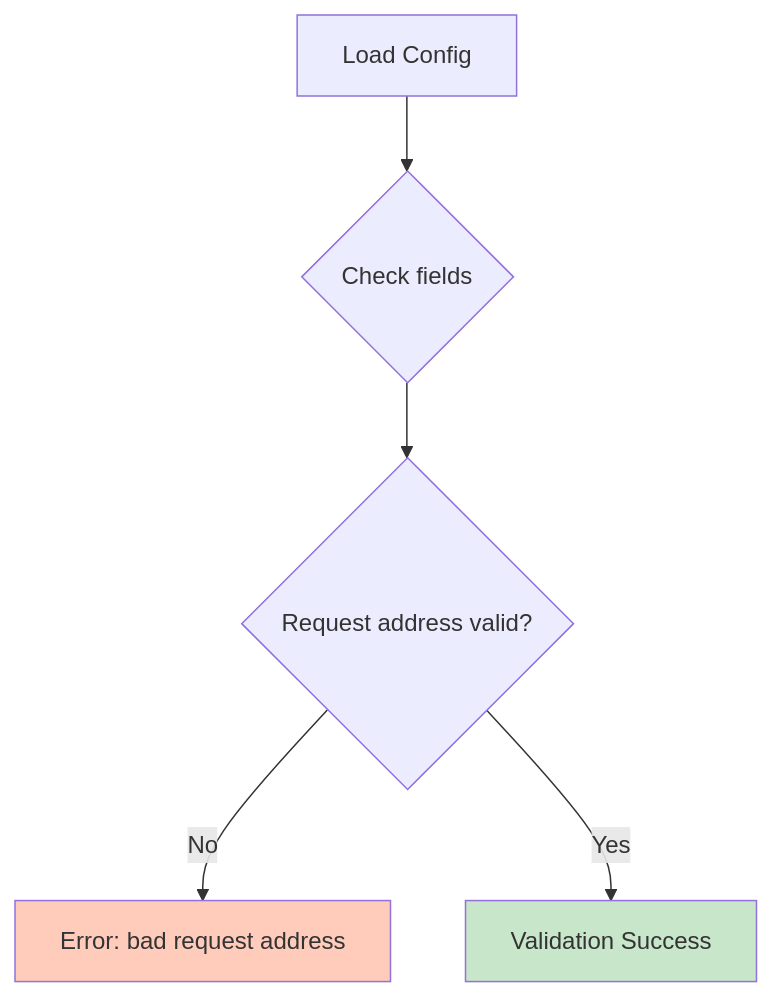
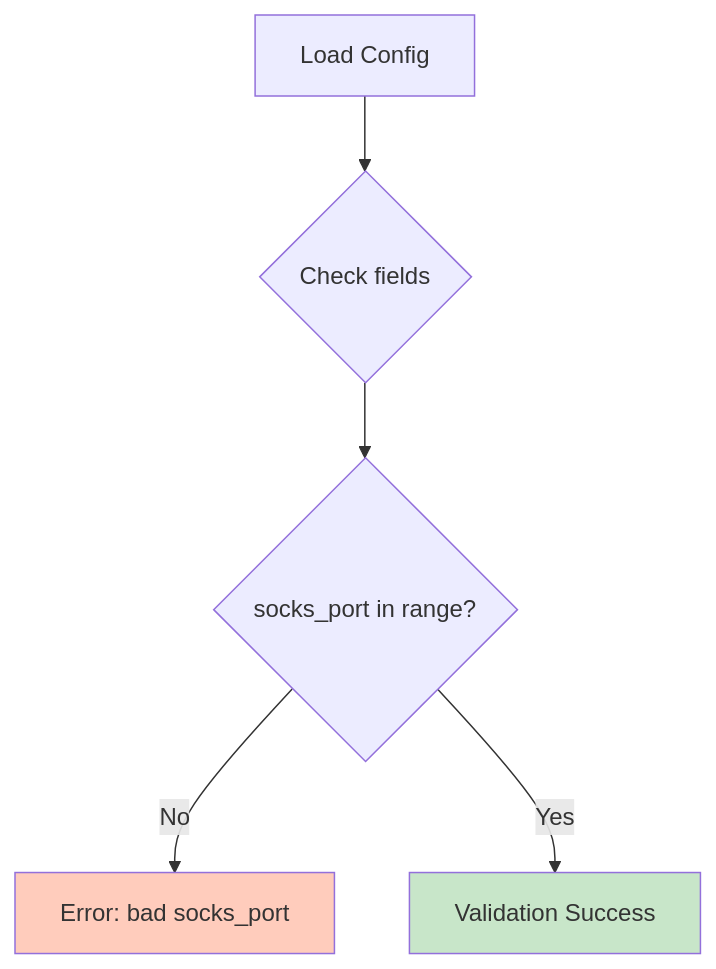
One commit to andrewtheguy/duopipe changed diagram 13 of 21 in docs/ARCHITECTURE.md. Above: the diagram before and after it, drawn with Mermaid. The commit also changed other lines of this file and 11 other files, not shown here.

````diff
--- a/docs/ARCHITECTURE.md
+++ b/docs/ARCHITECTURE.md
@@ -464,12 +467,12 @@
 ```mermaid
 graph TB
     A[Load Config] --> F{Check fields}
 
-    F --> I{Request address valid?}
+    F --> I{socks_port in range?}
 
-    I -->|No| J[Error: bad request address]
+    I -->|No| J[Error: bad socks_port]
     I -->|Yes| K[Validation Success]
 
     style J fill:#FFCCBC
     style K fill:#C8E6C9
 ```
````
